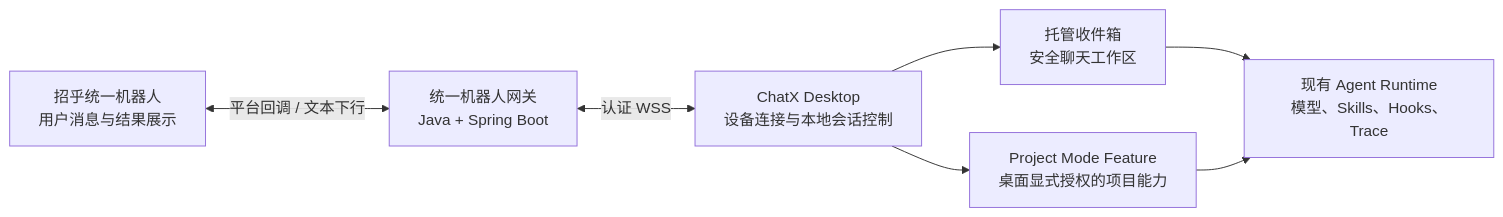
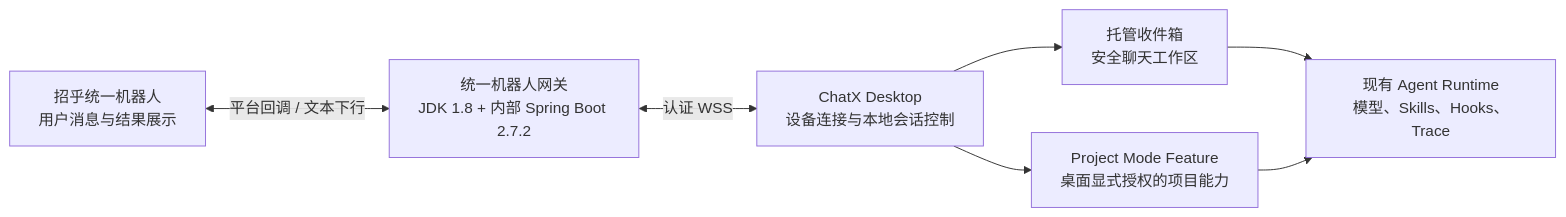
One commit to seanchen1993/CmbCoworkAgent changed the diagram in docs/chatx-unified-bot-technical-brief.md. Above: the diagram before and after it, drawn with Mermaid. The commit also changed other lines of this file and 6 other files, not shown here.

````diff
--- a/docs/chatx-unified-bot-technical-brief.md
+++ b/docs/chatx-unified-bot-technical-brief.md
@@ -22,16 +22,16 @@
 ```mermaid
 flowchart LR
   IM["招乎统一机器人<br/>用户消息与结果展示"]
-  GW["统一机器人网关<br/>Java + Spring Boot"]
+  GW["统一机器人网关<br/>JDK 1.8 + 内部 Spring Boot 2.7.2"]
   DESKTOP["ChatX Desktop<br/>设备连接与本地会话控制"]
   INBOX["托管收件箱<br/>安全聊天工作区"]
   FEATURE["Project Mode Feature<br/>桌面显式授权的项目能力"]
   AGENT["现有 Agent Runtime<br/>模型、Skills、Hooks、Trace"]
 
   IM <-->|"平台回调 / 文本下行"| GW
   GW <-->|"认证 WSS"| DESKTOP
   DESKTOP --> INBOX
   DESKTOP --> FEATURE
   INBOX --> AGENT
   FEATURE --> AGENT
 ```
````
